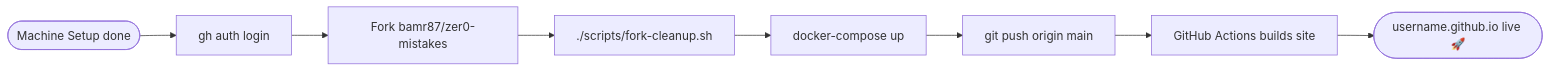
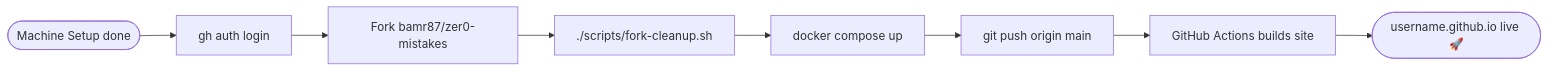
One commit to bamr87/zer0-mistakes changed the diagram in pages/_quickstart/github-setup.md. Above: the diagram before and after it, drawn with Mermaid. The commit also changed other lines of this file and 3 other files, not shown here.

````diff
--- a/pages/_quickstart/github-setup.md
+++ b/pages/_quickstart/github-setup.md
@@ -39,10 +39,10 @@
 ```mermaid
 flowchart LR
     A([Machine Setup done]) --> B[gh auth login]
     B --> C[Fork bamr87/zer0-mistakes]
     C --> D[./scripts/fork-cleanup.sh]
-    D --> E[docker-compose up]
+    D --> E[docker compose up]
     E --> F[git push origin main]
     F --> G[GitHub Actions builds site]
     G --> H([username.github.io live 🚀])
 ```
````
